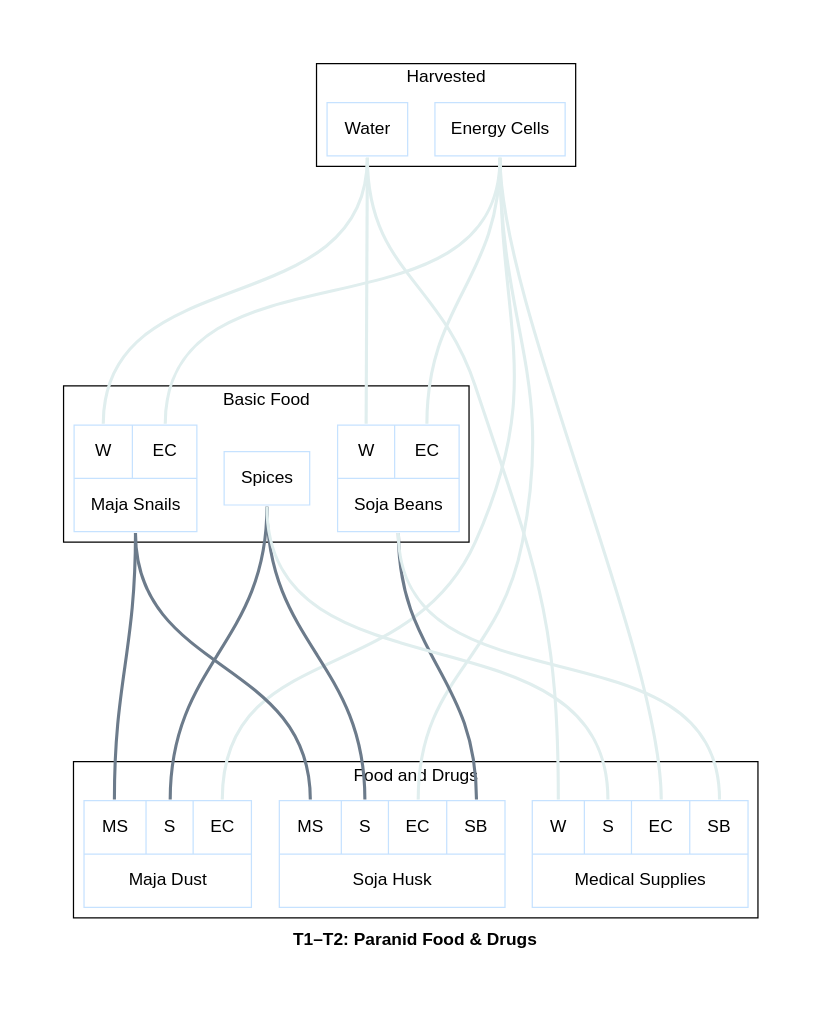
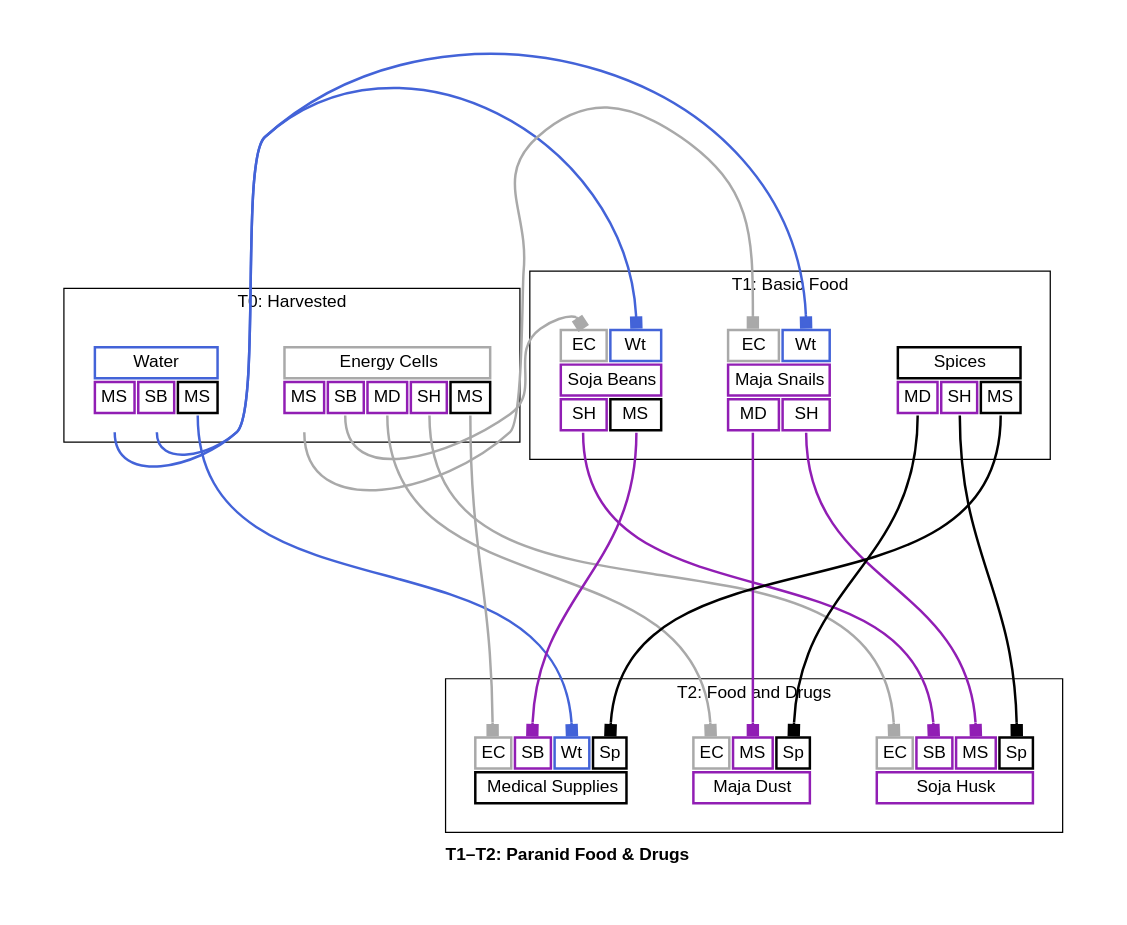
Before and after one commit to borntyping/x4-diagrams: the diagram in docs/t1_t2_paranid_food_drugs_graph.dot, drawn with Graphviz. The commit also changed 100 other files, not shown here.

Commit message:
Add pretty colours to GraphViz graphs

```diff
--- a/docs/t1_t2_paranid_food_drugs_graph.dot
+++ b/docs/t1_t2_paranid_food_drugs_graph.dot
@@ -1,40 +1,188 @@
-graph "X4 Economy" {
+digraph "X4 Economy" {
 	edge [arrowType=normal]
 	compound=true fontname="Helvetica,Arial,sans-serif"
 	label=<<b>T1–T2: Paranid Food &amp; Drugs</b>>
 	graph [nodesep=0.3 pad=0.5 ranksep=3]
-	node [color=slategray1 fontname="Helvetica,Arial,sans-serif" margin=0.2 penwidth=1 shape=box]
-	edge [arrowhead=normal arrowtype=normal fontname="Helvetica,Arial,sans-serif" headport=n penwidth=2.5 tailport=s]
+	node [color=slategray1 fontname="Helvetica,Arial,sans-serif" margin=0.2 penwidth=2.0 shape=plaintext]
+	edge [arrowhead=normal arrowsize=1.0 fontname="Helvetica,Arial,sans-serif" headport=n penwidth=2.0 tailport=s]
 	subgraph 0 {
-		cluster=true label=Harvested
-		water [label="{<output> Water}" colour=lightsteelblue2 shape=record]
-		energy_cells [label="{<output> Energy Cells}" colour=lightsteelblue2 shape=record]
+		cluster=true label="T0: Harvested"
+		water [label=<<table border="0" cellborder="2" cellpadding="4" cellspacing="1" fixedsize="false" id="water" port="output">
+  
+  <tr>
+    <td align="text" bgcolor="white" color="#4363d8" colspan="3">Water</td>
+  </tr>
+  
+    <tr>
+      
+        <td align="text" bgcolor="white" color="#911eb4" port="maja_snails">MS</td>
+      
+        <td align="text" bgcolor="white" color="#911eb4" port="soja_beans">SB</td>
+      
+        <td align="text" bgcolor="white" color="#000000" port="medical_supplies">MS</td>
+      
+    </tr>
+  
+</table>>]
+		energy_cells [label=<<table border="0" cellborder="2" cellpadding="4" cellspacing="1" fixedsize="false" id="energy_cells" port="output">
+  
+  <tr>
+    <td align="text" bgcolor="white" color="#a9a9a9" colspan="5">Energy Cells</td>
+  </tr>
+  
+    <tr>
+      
+        <td align="text" bgcolor="white" color="#911eb4" port="maja_snails">MS</td>
+      
+        <td align="text" bgcolor="white" color="#911eb4" port="soja_beans">SB</td>
+      
+        <td align="text" bgcolor="white" color="#911eb4" port="maja_dust">MD</td>
+      
+        <td align="text" bgcolor="white" color="#911eb4" port="soja_husk">SH</td>
+      
+        <td align="text" bgcolor="white" color="#000000" port="medical_supplies">MS</td>
+      
+    </tr>
+  
+</table>>]
 	}
 	subgraph 1 {
-		cluster=true label="Basic Food"
-		maja_snails [label="{{<water> W|<energy_cells> EC}|<output> Maja Snails}" colour=lightsteelblue2 shape=record]
-		soja_beans [label="{{<water> W|<energy_cells> EC}|<output> Soja Beans}" colour=lightsteelblue2 shape=record]
-		spices [label="{<output> Spices}" colour=lightsteelblue2 shape=record]
+		cluster=true label="T1: Basic Food"
+		maja_snails [label=<<table border="0" cellborder="2" cellpadding="4" cellspacing="1" fixedsize="false" id="maja_snails" port="output">
+  
+    <tr>
+      
+        <td align="text" bgcolor="white" color="#a9a9a9" port="energy_cells">EC</td>
+      
+        <td align="text" bgcolor="white" color="#4363d8" port="water">Wt</td>
+      
+    </tr>
+  
+  <tr>
+    <td align="text" bgcolor="white" color="#911eb4" colspan="2">Maja Snails</td>
+  </tr>
+  
+    <tr>
+      
+        <td align="text" bgcolor="white" color="#911eb4" port="maja_dust">MD</td>
+      
+        <td align="text" bgcolor="white" color="#911eb4" port="soja_husk">SH</td>
+      
+    </tr>
+  
+</table>>]
+		soja_beans [label=<<table border="0" cellborder="2" cellpadding="4" cellspacing="1" fixedsize="false" id="soja_beans" port="output">
+  
+    <tr>
+      
+        <td align="text" bgcolor="white" color="#a9a9a9" port="energy_cells">EC</td>
+      
+        <td align="text" bgcolor="white" color="#4363d8" port="water">Wt</td>
+      
+    </tr>
+  
+  <tr>
+    <td align="text" bgcolor="white" color="#911eb4" colspan="2">Soja Beans</td>
+  </tr>
+  
+    <tr>
+      
+        <td align="text" bgcolor="white" color="#911eb4" port="soja_husk">SH</td>
+      
+        <td align="text" bgcolor="white" color="#000000" port="medical_supplies">MS</td>
+      
+    </tr>
+  
+</table>>]
+		spices [label=<<table border="0" cellborder="2" cellpadding="4" cellspacing="1" fixedsize="false" id="spices" port="output">
+  
+  <tr>
+    <td align="text" bgcolor="white" color="#000000" colspan="3">Spices</td>
+  </tr>
+  
+    <tr>
+      
+        <td align="text" bgcolor="white" color="#911eb4" port="maja_dust">MD</td>
+      
+        <td align="text" bgcolor="white" color="#911eb4" port="soja_husk">SH</td>
+      
+        <td align="text" bgcolor="white" color="#000000" port="medical_supplies">MS</td>
+      
+    </tr>
+  
+</table>>]
 	}
 	subgraph 2 {
-		cluster=true label="Food and Drugs"
-		maja_dust [label="{{<maja_snails> MS|<spices> S|<energy_cells> EC}|<output> Maja Dust}" colour=lightsteelblue2 shape=record]
-		soja_husk [label="{{<maja_snails> MS|<spices> S|<energy_cells> EC|<soja_beans> SB}|<output> Soja Husk}" colour=lightsteelblue2 shape=record]
-		medical_supplies [label="{{<water> W|<spices> S|<energy_cells> EC|<soja_beans> SB}|<output> Medical Supplies}" colour=lightsteelblue2 shape=record]
+		cluster=true label="T2: Food and Drugs"
+		maja_dust [label=<<table border="0" cellborder="2" cellpadding="4" cellspacing="1" fixedsize="false" id="maja_dust" port="output">
+  
+    <tr>
+      
+        <td align="text" bgcolor="white" color="#a9a9a9" port="energy_cells">EC</td>
+      
+        <td align="text" bgcolor="white" color="#911eb4" port="maja_snails">MS</td>
+      
+        <td align="text" bgcolor="white" color="#000000" port="spices">Sp</td>
+      
+    </tr>
+  
+  <tr>
+    <td align="text" bgcolor="white" color="#911eb4" colspan="3">Maja Dust</td>
+  </tr>
+  
+</table>>]
+		soja_husk [label=<<table border="0" cellborder="2" cellpadding="4" cellspacing="1" fixedsize="false" id="soja_husk" port="output">
+  
+    <tr>
+      
+        <td align="text" bgcolor="white" color="#a9a9a9" port="energy_cells">EC</td>
+      
+        <td align="text" bgcolor="white" color="#911eb4" port="soja_beans">SB</td>
+      
+        <td align="text" bgcolor="white" color="#911eb4" port="maja_snails">MS</td>
+      
+        <td align="text" bgcolor="white" color="#000000" port="spices">Sp</td>
+      
+    </tr>
+  
+  <tr>
+    <td align="text" bgcolor="white" color="#911eb4" colspan="4">Soja Husk</td>
+  </tr>
+  
+</table>>]
+		medical_supplies [label=<<table border="0" cellborder="2" cellpadding="4" cellspacing="1" fixedsize="false" id="medical_supplies" port="output">
+  
+    <tr>
+      
+        <td align="text" bgcolor="white" color="#a9a9a9" port="energy_cells">EC</td>
+      
+        <td align="text" bgcolor="white" color="#911eb4" port="soja_beans">SB</td>
+      
+        <td align="text" bgcolor="white" color="#4363d8" port="water">Wt</td>
+      
+        <td align="text" bgcolor="white" color="#000000" port="spices">Sp</td>
+      
+    </tr>
+  
+  <tr>
+    <td align="text" bgcolor="white" color="#000000" colspan="4">Medical Supplies</td>
+  </tr>
+  
+</table>>]
 	}
-	energy_cells:output:s -- maja_snails:energy_cells:n [color=azure2]
-	water:output:s -- maja_snails:water:n [color=azure2]
-	energy_cells:output:s -- soja_beans:energy_cells:n [color=azure2]
-	water:output:s -- soja_beans:water:n [color=azure2]
-	energy_cells:output:s -- maja_dust:energy_cells:n [color=azure2]
-	maja_snails:output:s -- maja_dust:maja_snails:n [color=slategray4]
-	spices:output:s -- maja_dust:spices:n [color=slategray4]
-	energy_cells:output:s -- soja_husk:energy_cells:n [color=azure2]
-	maja_snails:output:s -- soja_husk:maja_snails:n [color=slategray4]
-	soja_beans:output:s -- soja_husk:soja_beans:n [color=slategray4]
-	spices:output:s -- soja_husk:spices:n [color=slategray4]
-	energy_cells:output:s -- medical_supplies:energy_cells:n [color=azure2]
-	soja_beans:output:s -- medical_supplies:soja_beans:n [color=azure2]
-	spices:output:s -- medical_supplies:spices:n [color=azure2]
-	water:output:s -- medical_supplies:water:n [color=azure2]
+	energy_cells:maja_snails:s -> maja_snails:energy_cells:n [arrowhead=box color="#a9a9a9" weight=0.1]
+	water:maja_snails:s -> maja_snails:water:n [arrowhead=box color="#4363d8" weight=0.1]
+	energy_cells:soja_beans:s -> soja_beans:energy_cells:n [arrowhead=box color="#a9a9a9" weight=0.1]
+	water:soja_beans:s -> soja_beans:water:n [arrowhead=box color="#4363d8" weight=0.1]
+	energy_cells:maja_dust:s -> maja_dust:energy_cells:n [arrowhead=box color="#a9a9a9" weight=0.1]
+	maja_snails:maja_dust:s -> maja_dust:maja_snails:n [arrowhead=box color="#911eb4" weight=1.0]
+	spices:maja_dust:s -> maja_dust:spices:n [arrowhead=box color="#000000" weight=1.0]
+	energy_cells:soja_husk:s -> soja_husk:energy_cells:n [arrowhead=box color="#a9a9a9" weight=0.1]
+	maja_snails:soja_husk:s -> soja_husk:maja_snails:n [arrowhead=box color="#911eb4" weight=1.0]
+	soja_beans:soja_husk:s -> soja_husk:soja_beans:n [arrowhead=box color="#911eb4" weight=1.0]
+	spices:soja_husk:s -> soja_husk:spices:n [arrowhead=box color="#000000" weight=1.0]
+	energy_cells:medical_supplies:s -> medical_supplies:energy_cells:n [arrowhead=box color="#a9a9a9" weight=0.1]
+	soja_beans:medical_supplies:s -> medical_supplies:soja_beans:n [arrowhead=box color="#911eb4" weight=1.0]
+	spices:medical_supplies:s -> medical_supplies:spices:n [arrowhead=box color="#000000" weight=1.0]
+	water:medical_supplies:s -> medical_supplies:water:n [arrowhead=box color="#4363d8" weight=0.1]
 }
```
